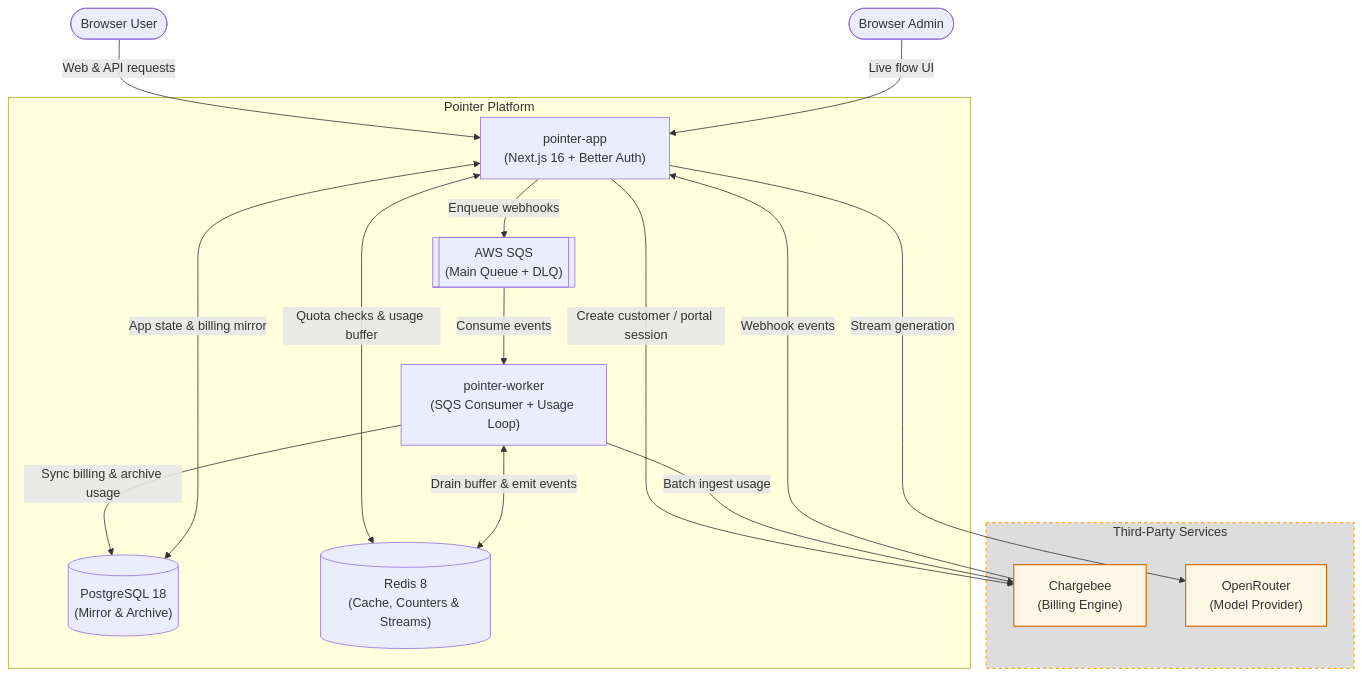
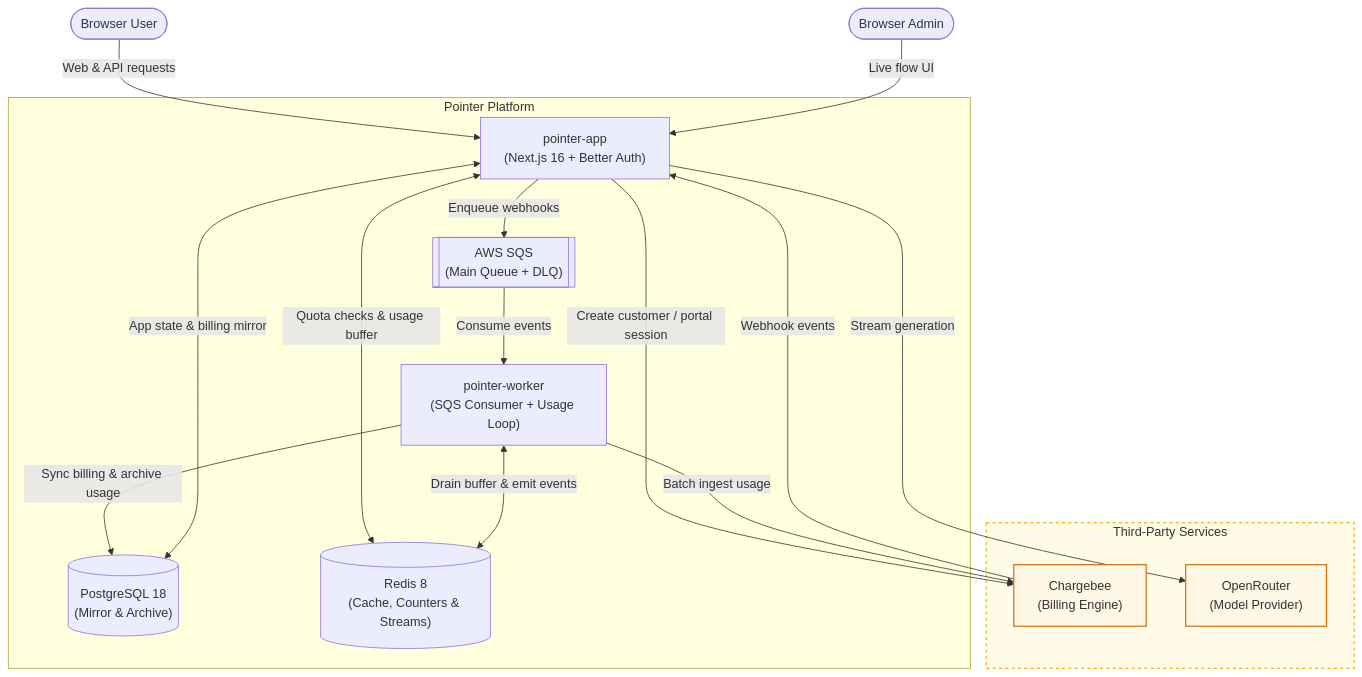
One commit to chargebee/reference-architecture changed the first of 7 diagrams in pointer/ARCHITECTURE.md. Above: the diagram before and after it, drawn with Mermaid. The commit also changed other lines of this file and 8 other files, not shown here.

````diff
--- a/pointer/ARCHITECTURE.md
+++ b/pointer/ARCHITECTURE.md
@@ -9,35 +11,35 @@
 ```mermaid
 flowchart TB
   User([Browser User])
   Admin([Browser Admin])
 
   subgraph Platform["Pointer Platform"]
-      App["pointer-app<br/>(Next.js 16 + Better Auth)"]
-      Worker["pointer-worker<br/>(SQS Consumer + Usage Loop)"]
-      Queue[["AWS SQS<br/>(Main Queue + DLQ)"]]
-      PG[("PostgreSQL 18<br/>(Mirror & Archive)")]
-      Redis[("Redis 8<br/>(Cache, Counters & Streams)")]
+    App["pointer-app<br/>(Next.js 16 + Better Auth)"]
+    Worker["pointer-worker<br/>(SQS Consumer + Usage Loop)"]
+    Queue[["AWS SQS<br/>(Main Queue + DLQ)"]]
+    PG[("PostgreSQL 18<br/>(Mirror & Archive)")]
+    Redis[("Redis 8<br/>(Cache, Counters & Streams)")]
   end
 
   subgraph ThirdParty["Third-Party Services"]
-      CB["Chargebee<br/>(Billing Engine)"]
-      OR["OpenRouter<br/>(Model Provider)"]
+    CB["Chargebee<br/>(Billing Engine)"]
+    OR["OpenRouter<br/>(Model Provider)"]
   end
 
-  style ThirdParty fill:#DDDDDD,stroke:#faad14,stroke-width:1.5px,stroke-dasharray: 4 4
+  style ThirdParty fill:#fffbe6,stroke:#faad14,stroke-width:1.5px,stroke-dasharray: 4 4
   style CB fill:#fff7e6,stroke:#d46b08,stroke-width:1.5px
   style OR fill:#fff7e6,stroke:#d46b08,stroke-width:1.5px
 
   User -->|Web & API requests| App
   Admin -->|Live flow UI| App
   App -->|Create customer / portal session| CB
   CB -->|Webhook events| App
   App -->|Enqueue webhooks| Queue
   Queue -->|Consume events| Worker
   Worker -->|Sync billing & archive usage| PG
   Worker -->|Batch ingest usage| CB
   App -->|Stream generation| OR
   App <-->|App state & billing mirror| PG
   App <-->|Quota checks & usage buffer| Redis
   Worker <-->|Drain buffer & emit events| Redis
 ```
````
